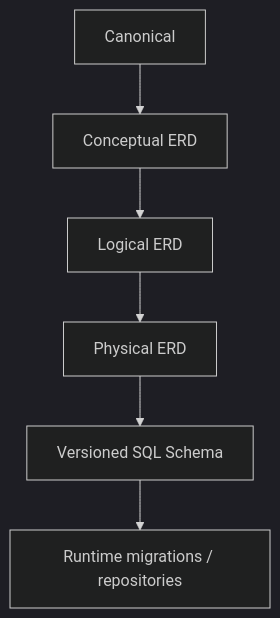
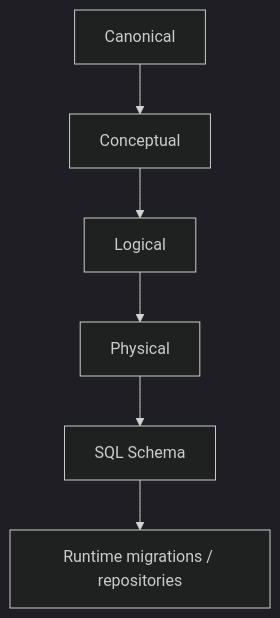
One commit to Danh20100/moibile_app changed the first of 3 diagrams in docs/contexts/layers/database.md. Above: the diagram before and after it, drawn with Mermaid (dark theme). The commit also changed other lines of this file and 9 other files, not shown here.

````diff
--- a/docs/contexts/layers/database.md
+++ b/docs/contexts/layers/database.md
@@ -17,8 +15,8 @@
 ```mermaid
 flowchart TD
-    C[Canonical] --> CE[Conceptual ERD]
-    CE --> LE[Logical ERD]
-    LE --> PE[Physical ERD]
-    PE --> SQL[Versioned SQL Schema]
-    SQL --> RUN[Runtime migrations / repositories]
+    C["Canonical"] --> C1["Conceptual"]
+    C1 --> C2["Logical"]
+    C2 --> C3["Physical"]
+    C3 --> SQL["SQL Schema"]
+    SQL --> RUN["Runtime migrations / repositories"]
 ```
````
